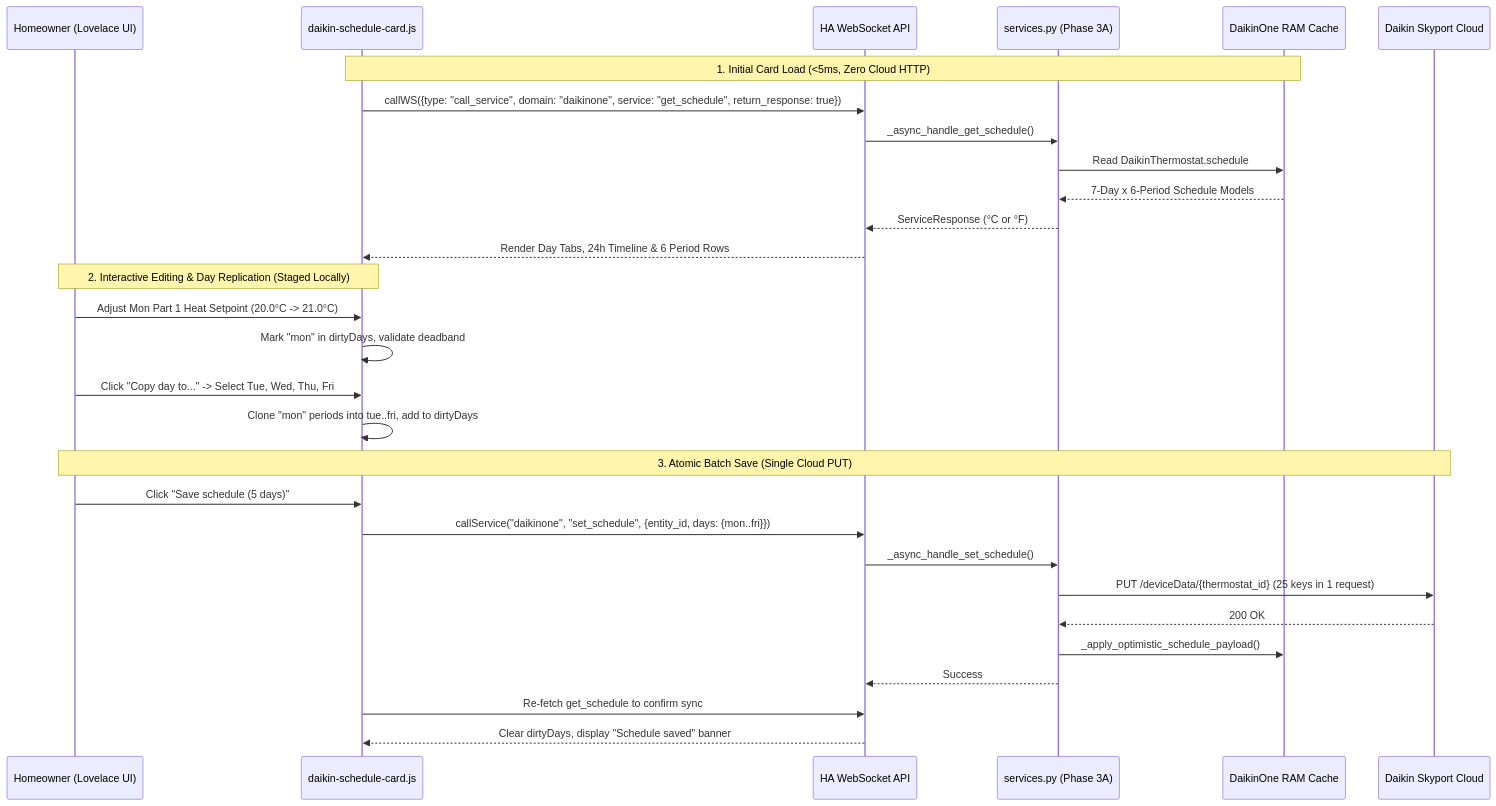
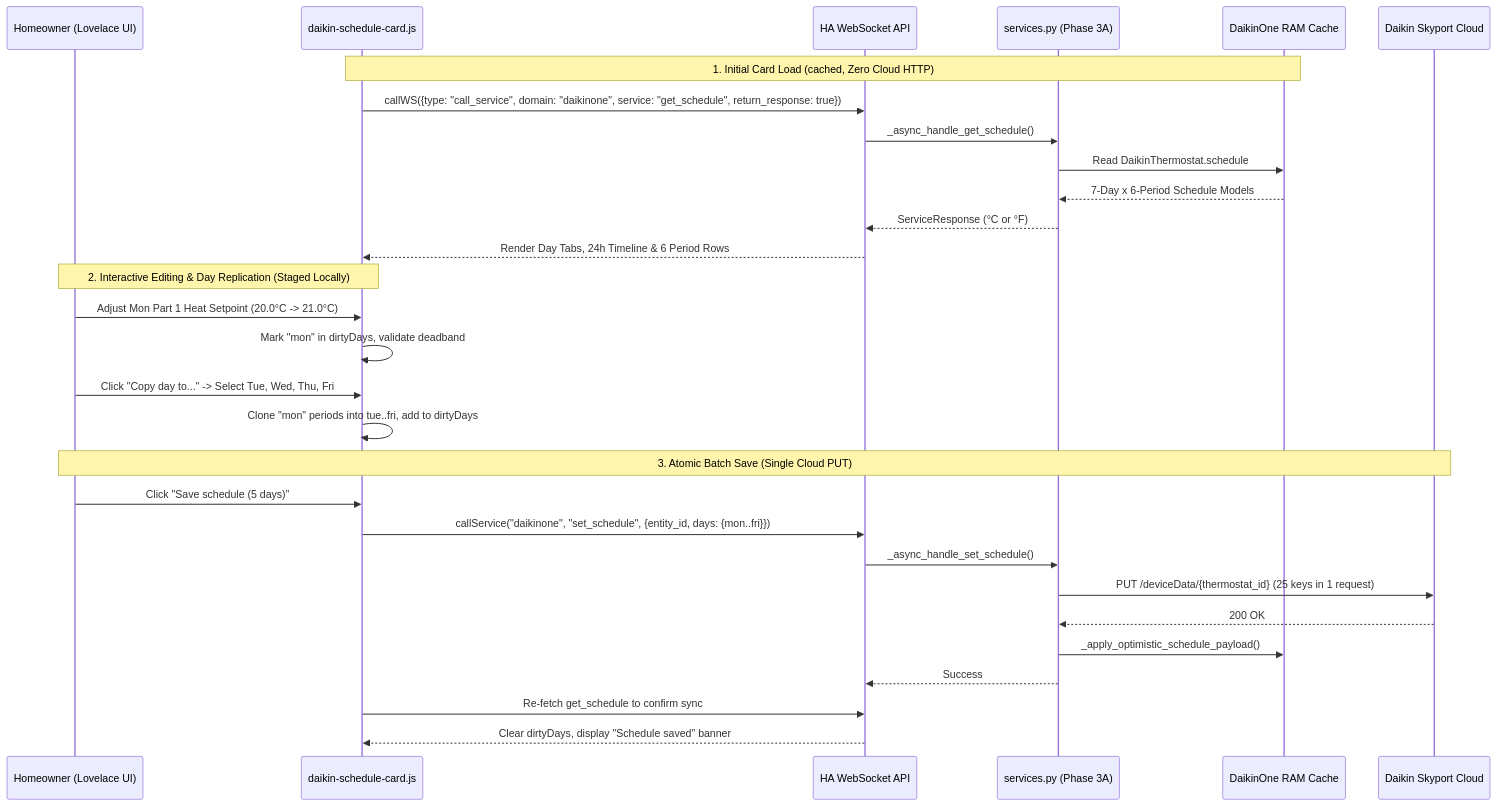
One commit to wirecuttr/daikin-schedule-card changed the diagram in docs/19_seven_day_schedule_lovelace_card_design.md. Above: the diagram before and after it, drawn with Mermaid. The commit also changed 1 other file, not shown here.

Commit message:
docs: remove speculative benchmark claims from copy schedule docs

````diff
--- a/docs/19_seven_day_schedule_lovelace_card_design.md
+++ b/docs/19_seven_day_schedule_lovelace_card_design.md
@@ -31,34 +31,34 @@
 ```mermaid
 sequenceDiagram
     participant User as Homeowner (Lovelace UI)
     participant Card as daikin-schedule-card.js
     participant WS as HA WebSocket API
     participant Svc as services.py (Phase 3A)
     participant RAM as DaikinOne RAM Cache
     participant Cloud as Daikin Skyport Cloud
 
-    Note over Card,RAM: 1. Initial Card Load (<5ms, Zero Cloud HTTP)
+    Note over Card,RAM: 1. Initial Card Load (cached, Zero Cloud HTTP)
     Card->>WS: callWS({type: "call_service", domain: "daikinone", service: "get_schedule", return_response: true})
     WS->>Svc: _async_handle_get_schedule()
     Svc->>RAM: Read DaikinThermostat.schedule
     RAM-->>Svc: 7-Day x 6-Period Schedule Models
     Svc-->>WS: ServiceResponse (°C or °F)
     WS-->>Card: Render Day Tabs, 24h Timeline & 6 Period Rows
 
     Note over User,Card: 2. Interactive Editing & Day Replication (Staged Locally)
     User->>Card: Adjust Mon Part 1 Heat Setpoint (20.0°C -> 21.0°C)
     Card->>Card: Mark "mon" in dirtyDays, validate deadband
     User->>Card: Click "Copy day to..." -> Select Tue, Wed, Thu, Fri
     Card->>Card: Clone "mon" periods into tue..fri, add to dirtyDays
 
     Note over User,Cloud: 3. Atomic Batch Save (Single Cloud PUT)
     User->>Card: Click "Save schedule (5 days)"
     Card->>WS: callService("daikinone", "set_schedule", {entity_id, days: {mon..fri}})
     WS->>Svc: _async_handle_set_schedule()
     Svc->>Cloud: PUT /deviceData/{thermostat_id} (25 keys in 1 request)
     Cloud-->>Svc: 200 OK
     Svc->>RAM: _apply_optimistic_schedule_payload()
     Svc-->>WS: Success
     Card->>WS: Re-fetch get_schedule to confirm sync
     WS-->>Card: Clear dirtyDays, display "Schedule saved" banner
 ```
````
